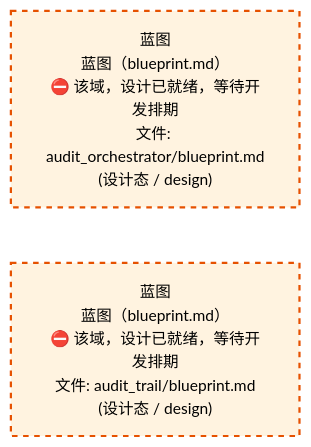
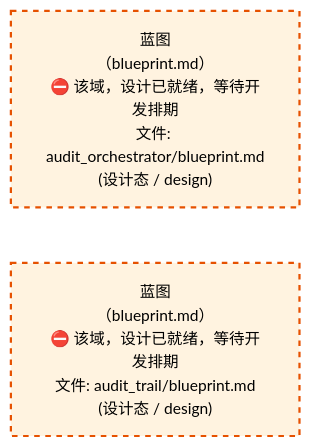
Before and after one commit to xuanFelixVan/ZephyrAlpha: the third of 4 diagrams in docs/02_enterprise_architecture/02_domain_architecture_docs/50_d_gov_audit.md, drawn with Mermaid. The commit also changed other lines of this file and 63 other files, not shown here.

````diff
--- a/docs/02_enterprise_architecture/02_domain_architecture_docs/50_d_gov_audit.md
+++ b/docs/02_enterprise_architecture/02_domain_architecture_docs/50_d_gov_audit.md
@@ -807,12 +807,12 @@
 ```mermaid
 %%{init: {'theme': 'base', 'themeVariables': {'primaryColor': '#eaeaea', 'primaryTextColor': '#333333', 'primaryBorderColor': '#666666', 'lineColor': '#666666', 'secondaryColor': '#eaeaea', 'tertiaryColor': '#eaeaea', 'fontSize': '14px'}}}%%
 flowchart TD
-    docs_03_modules_cross_layer_audit_orchestrator_blueprint_md["蓝图<br/>蓝图（blueprint.md）<br/>⛔ 该域，设计已就绪，等待开发排期<br/>文件: audit_orchestrator/blueprint.md<br/>(设计态 / design)"]
-    docs_03_modules_domain_governance_audit_trail_blueprint_md["蓝图<br/>蓝图（blueprint.md）<br/>⛔ 该域，设计已就绪，等待开发排期<br/>文件: audit_trail/blueprint.md<br/>(设计态 / design)"]
+    docs_03_modules_cross_layer_audit_orchestrator_blueprint_md["蓝图<br/>（blueprint.md）<br/>⛔ 该域，设计已就绪，等待开发排期<br/>文件: audit_orchestrator/blueprint.md<br/>(设计态 / design)"]
+    docs_03_modules_domain_governance_audit_trail_blueprint_md["蓝图<br/>（blueprint.md）<br/>⛔ 该域，设计已就绪，等待开发排期<br/>文件: audit_trail/blueprint.md<br/>(设计态 / design)"]
     docs_03_modules_cross_layer_audit_orchestrator_blueprint_md ~~~ docs_03_modules_domain_governance_audit_trail_blueprint_md
     classDef production fill:#e1f5fe,stroke:#01579b,stroke-width:2px,color:#000
     classDef design fill:#fff3e0,stroke:#e65100,stroke-width:2px,color:#000,stroke-dasharray: 5 5
     classDef external_prod fill:#e8f4fd,stroke:#0277bd,stroke-width:1px,color:#000
     classDef external_design fill:#fff8e7,stroke:#ef6c00,stroke-width:1px,color:#000,stroke-dasharray: 5 5
     class docs_03_modules_cross_layer_audit_orchestrator_blueprint_md,docs_03_modules_domain_governance_audit_trail_blueprint_md design
 ```
````
